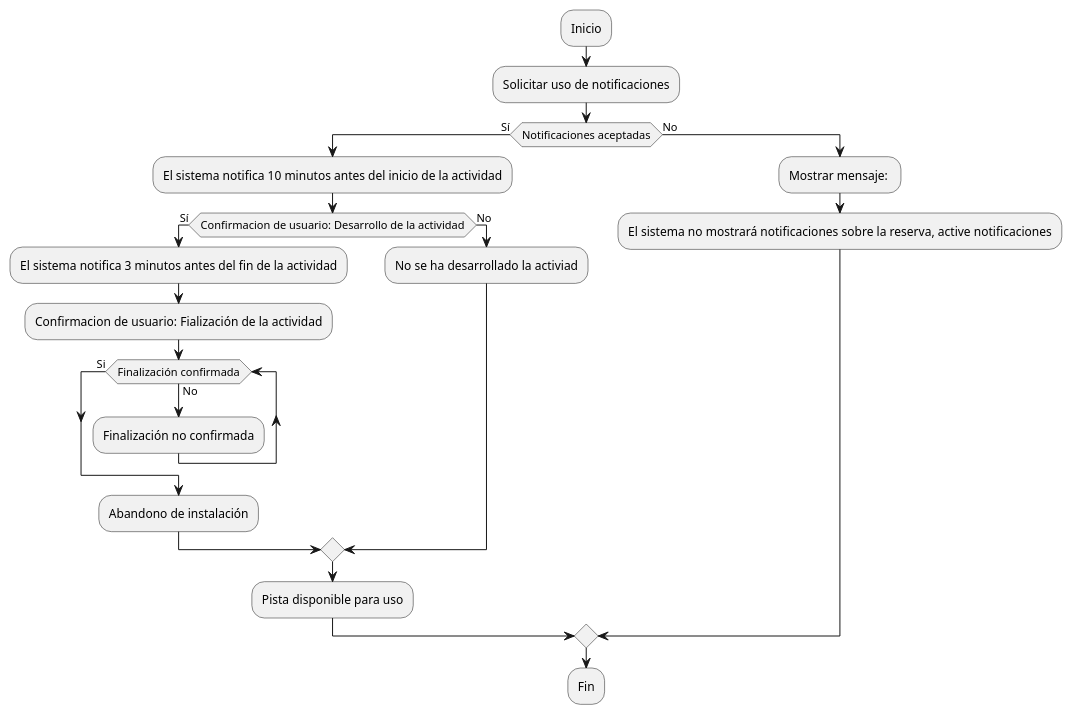
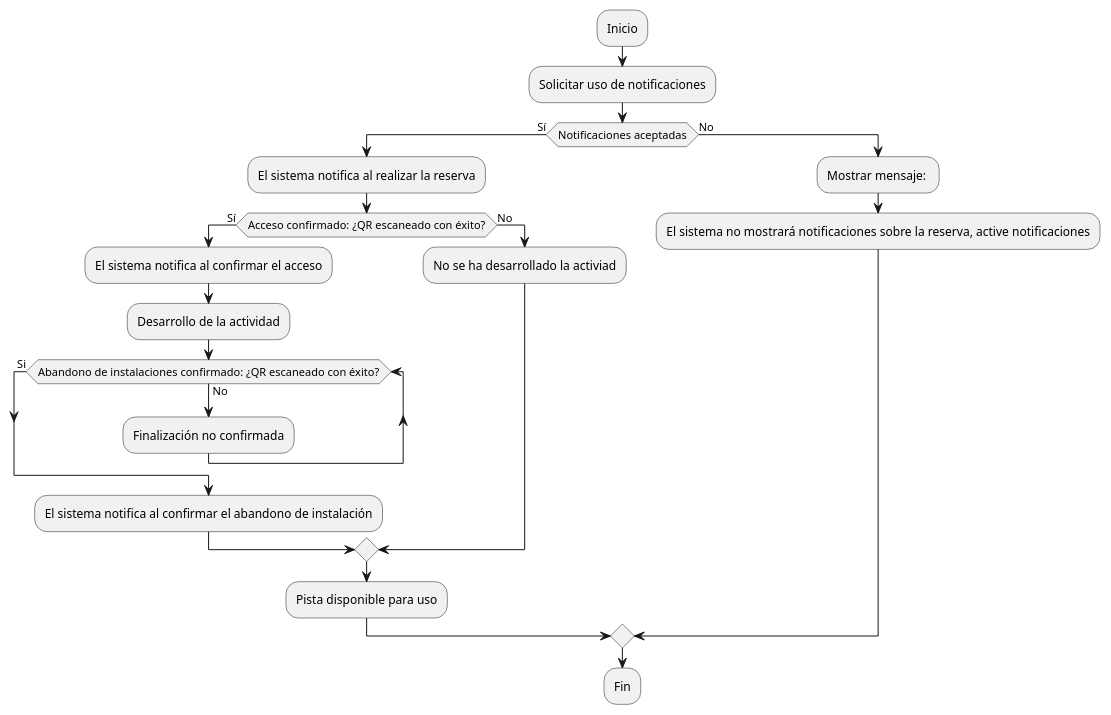
The diagram in CasosDeUso/Procesos/CduNotificar/diagramaDeFlujo.puml (pablarce/23-24-IdSw1-SDR), drawn with PlantUML before and after one commit. The commit also changed 1 other file, not shown here.

Commit message:
Modificacion CduNotificar: Diagrama de flujo

```diff
--- a/CasosDeUso/Procesos/CduNotificar/diagramaDeFlujo.puml
+++ b/CasosDeUso/Procesos/CduNotificar/diagramaDeFlujo.puml
@@ -1,26 +1,26 @@
 @startuml
 
 :Inicio;
 :Solicitar uso de notificaciones;
   if (Notificaciones aceptadas) then (Sí)
-    :El sistema notifica 10 minutos antes del inicio de la actividad;
-    if (Confirmacion de usuario: Desarrollo de la actividad) then (Sí)
-      :El sistema notifica 3 minutos antes del fin de la actividad;
-      :Confirmacion de usuario: Fialización de la actividad;
-      while (Finalización confirmada) is (No)
+    :El sistema notifica al realizar la reserva;
+    if (Acceso confirmado: ¿QR escaneado con éxito?) then (Sí)
+      :El sistema notifica al confirmar el acceso;
+      :Desarrollo de la actividad;
+      while (Abandono de instalaciones confirmado: ¿QR escaneado con éxito?) is (No)
       :Finalización no confirmada;
       endwhile (Si)
-        :Abandono de instalación;
+        :El sistema notifica al confirmar el abandono de instalación;
     else (No)
       :No se ha desarrollado la activiad;
     endif
     :Pista disponible para uso;
   
   else (No)
     :Mostrar mensaje: ;
     :El sistema no mostrará notificaciones sobre la reserva, active notificaciones; 
   endif
   
 :Fin;
 
 @enduml
```
